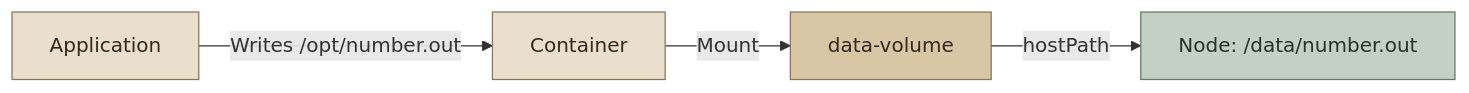
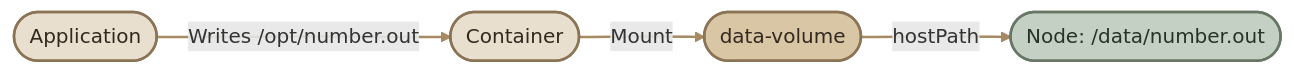
Before and after one commit to mustafammasoud/ops-handbook: the second of 3 diagrams in content/container-orchestration/kubernetes/Storage/kubernetes-volumes.mdx, drawn with Mermaid. The commit also changed other lines of this file and 2 other files, not shown here.

````diff
--- a/content/container-orchestration/kubernetes/Storage/kubernetes-volumes.mdx
+++ b/content/container-orchestration/kubernetes/Storage/kubernetes-volumes.mdx
@@ -110,14 +111,16 @@
 ```mermaid
 flowchart LR
-    A["Application"] -->|"Writes /opt/number.out"| B["Container"]
-    B -->|"Mount"| C["data-volume"]
-    C -->|"hostPath"| D["Node: /data/number.out"]
+    A(["Application"]) -->|"Writes /opt/number.out"| B(["Container"])
+    B -->|"Mount"| C(["data-volume"])
+    C -->|"hostPath"| D(["Node: /data/number.out"])
 
-    classDef app fill:#e9dfce,stroke:#8b7355,color:#33291f
-    classDef volume fill:#d8c6a5,stroke:#8b7355,color:#33291f
-    classDef host fill:#c5d0c4,stroke:#667766,color:#263326
+    classDef app fill:#e9dfce,stroke:#8b7355,color:#33291f,stroke-width:2px
+    classDef volume fill:#d8c6a5,stroke:#8b7355,color:#33291f,stroke-width:2px
+    classDef host fill:#c5d0c4,stroke:#667766,color:#263326,stroke-width:2px
 
     class A,B app
     class C volume
     class D host
+
+    linkStyle default stroke:#a58a64,stroke-width:2px
 ```
````
